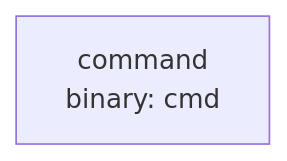
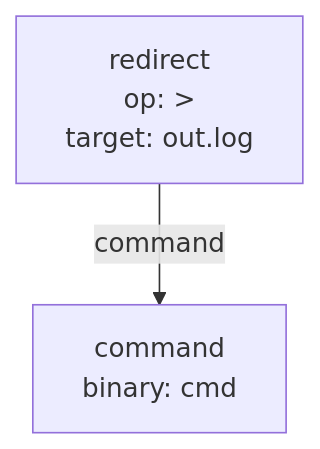
The diagram in examples/bash/redirect-stdout/index.md (ashleydavis/expressive-permissions), drawn with Mermaid before and after one commit. The commit also changed 131 other files, not shown here.

````diff
--- a/examples/bash/redirect-stdout/index.md
+++ b/examples/bash/redirect-stdout/index.md
@@ -11,4 +11,6 @@
 ```mermaid
 graph TD
-  n0["command<br/>binary: cmd"]
+  n0["redirect<br/>op: &gt;<br/>target: out.log"]
+  n1["command<br/>binary: cmd"]
+  n0 -->|command| n1
 ```
````
